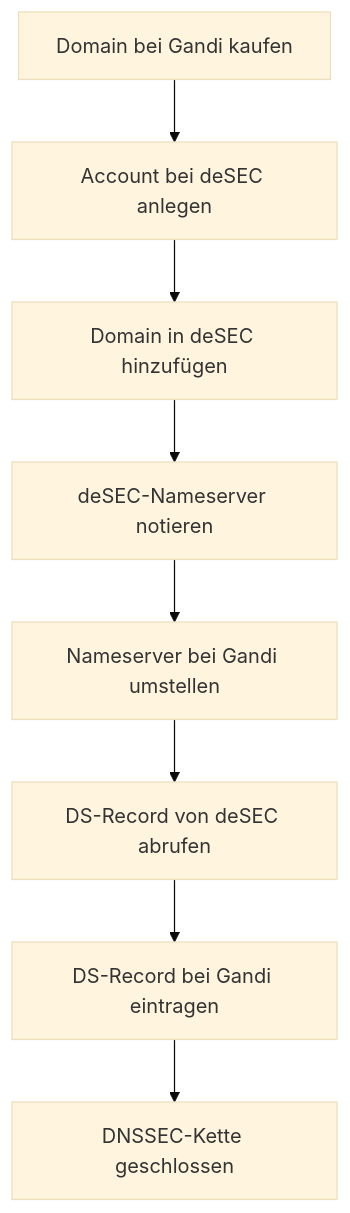
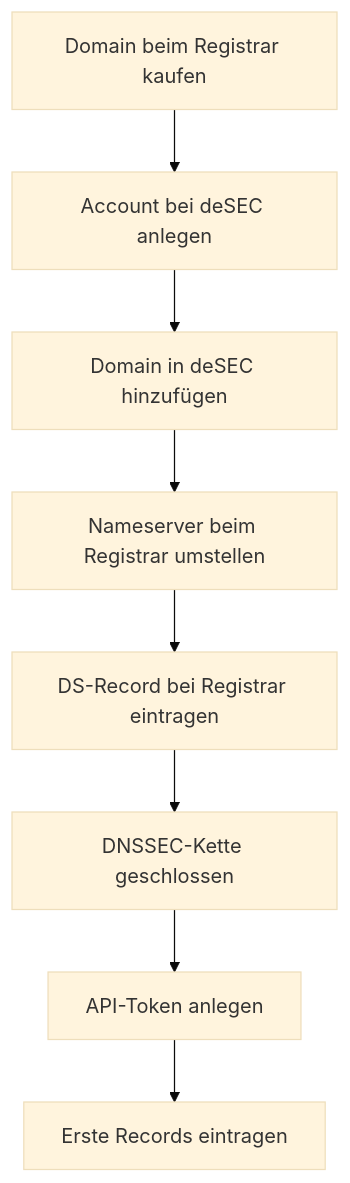
The diagram in docs/01_Planung/05b_registrar_dns.md (Flo-63/Mailserver-Setup), drawn with Mermaid (base theme) before and after one commit. The commit also changed other lines of this file and 4 other files, not shown here.

````diff
--- a/docs/01_Planung/05b_registrar_dns.md
+++ b/docs/01_Planung/05b_registrar_dns.md
@@ -31,10 +18,10 @@
 ```mermaid
 graph TD
-    A[Domain bei Gandi kaufen] --> B[Account bei deSEC anlegen]
+    A[Domain beim Registrar kaufen] --> B[Account bei deSEC anlegen]
     B --> C[Domain in deSEC hinzufügen]
-    C --> D[deSEC-Nameserver notieren]
-    D --> E[Nameserver bei Gandi umstellen]
-    E --> F[DS-Record von deSEC abrufen]
-    F --> G[DS-Record bei Gandi eintragen]
-    G --> H[DNSSEC-Kette geschlossen]
+    C --> D[Nameserver beim Registrar umstellen]
+    D --> E[DS-Record bei Registrar eintragen]
+    E --> F[DNSSEC-Kette geschlossen]
+    F --> G[API-Token anlegen]
+    G --> H[Erste Records eintragen]
 ```
````
